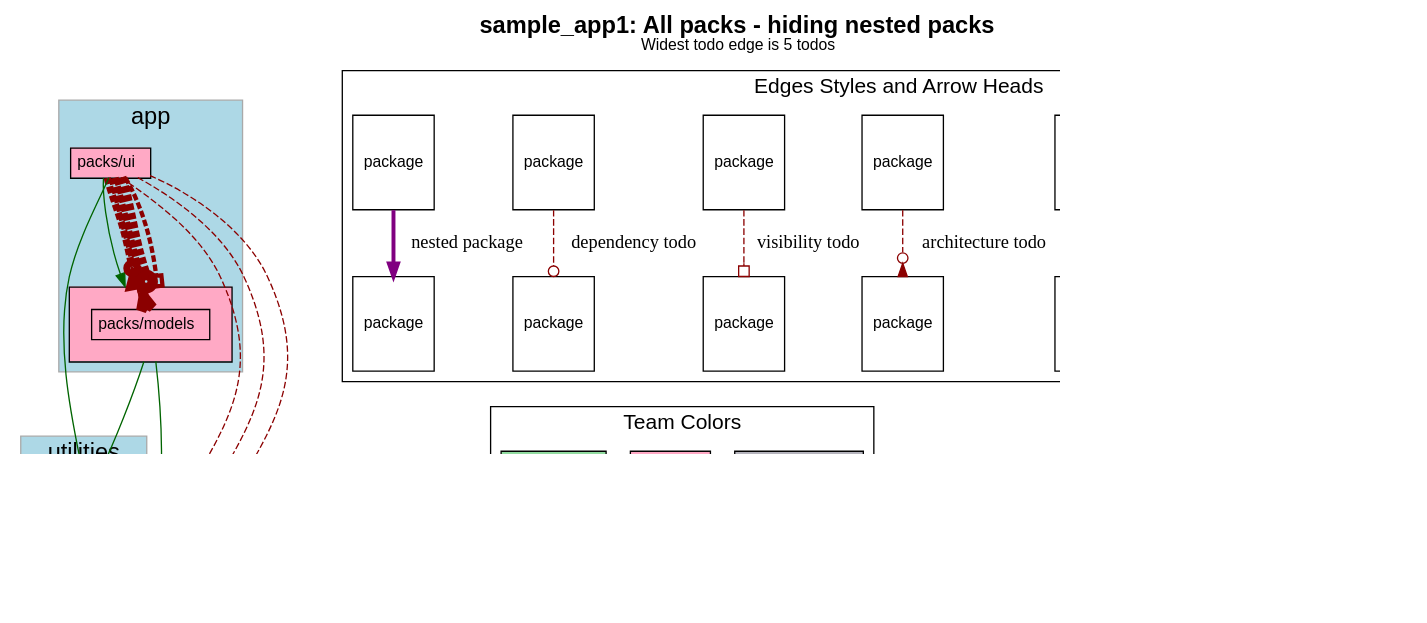
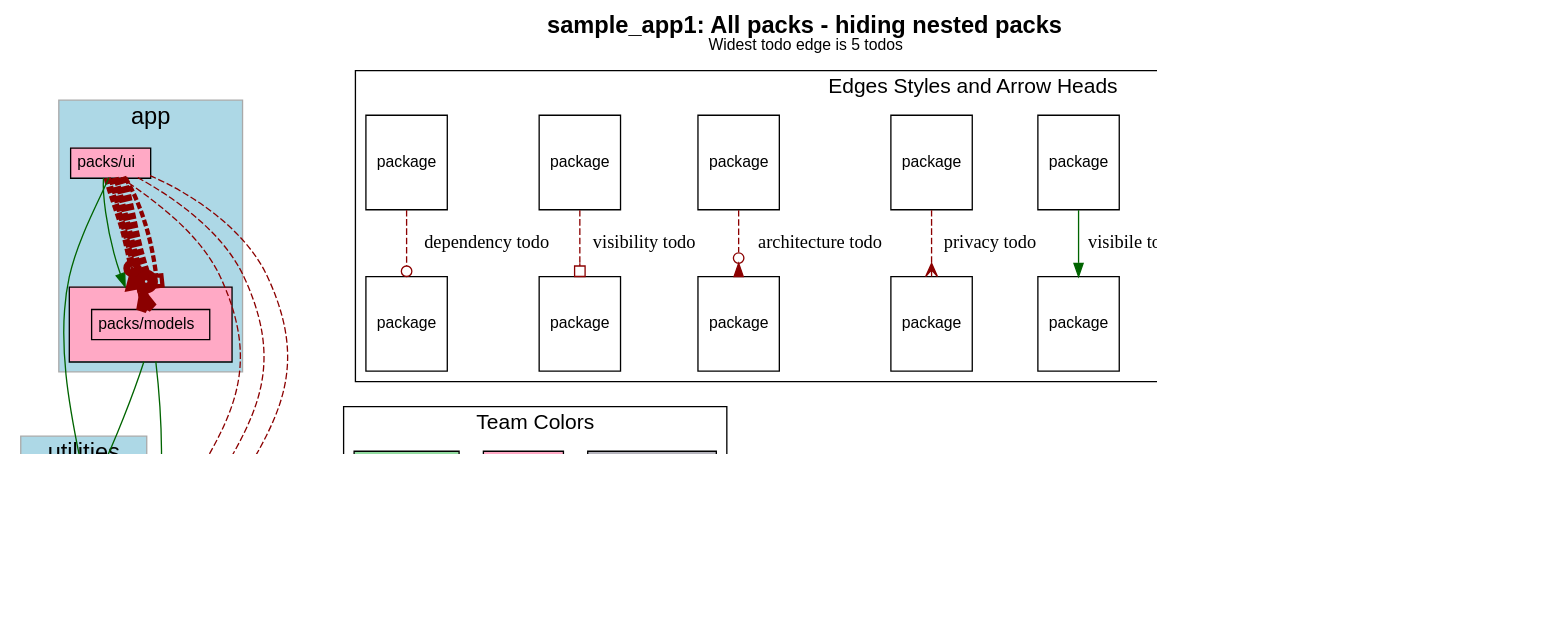
The diagram in spec/sample_app1/test_output/roll_nested_into_parent_packs.dot (rubyatscale/visualize_packs), drawn with Graphviz before and after one commit. The commit also changed 19 other files, not shown here.

```diff
--- a/spec/sample_app1/test_output/roll_nested_into_parent_packs.dot
+++ b/spec/sample_app1/test_output/roll_nested_into_parent_packs.dot
@@ -1,192 +1,198 @@
 digraph package_diagram {
   rankdir=TD
   graph [
     labelloc="t"
     fontname="Helvetica,Arial,sans-serif"
     dpi=100
     layout=dot
     label=<<b>sample_app1: All packs - hiding nested packs</b><br/><font point-size='12'>Widest todo edge is 5 todos</font>>
     fontsize=18
   ]
   node [
     fontname="Helvetica,Arial,sans-serif"
     fontsize=26.0
     fontcolor=black
     fillcolor=white
     color=black
     height=1.0
     style=filled
     shape=plain
   ]
     subgraph app {
       shape=box
       color=darkgrey
       fillcolor=lightblue
       style=filled
         label="app"
         cluster=true
         rank = 0        "packs/models" [
             fontsize=12.0
               URL="https://github.com/rubyatscale/visualize_packwerk/tree/main/spec/sample_app/packs/models"
 
               style=filled
               fillcolor="#FFA9C5"
             label= <
                 <table border='0' cellborder='1' cellspacing='0' cellpadding='16'><tr><td>
                   <table border='0' cellborder='1' cellspacing='0' cellpadding='4'>
                     <tr> <td port='private'> packs/models </td> </tr>
                   </table>
                 </td></tr></table>
               >
           ]
         
         "packs/ui" [
             fontsize=12.0
               URL="https://github.com/rubyatscale/visualize_packwerk/tree/main/spec/sample_app/packs/ui"
 
               style=filled
               fillcolor="#FFA9C5"
             label= <
                 <table border='0' cellborder='1' cellspacing='0' cellpadding='4'>
                   <tr> <td align='left'> packs/ui </td> </tr>
                 </table>
               >
           ]
         
     }
     subgraph utilities {
       shape=box
       color=darkgrey
       fillcolor=lightblue
       style=filled
         label="utilities"
         cluster=true
         rank = 1        "packs/utility" [
             fontsize=12.0
               URL="https://github.com/rubyatscale/visualize_packwerk/tree/main/spec/sample_app/packs/utility"
 
               style=filled
               fillcolor="#91DBA0"
             label= <
                 <table border='0' cellborder='1' cellspacing='0' cellpadding='4'>
                   <tr> <td align='left'> packs/utility </td> </tr>
                 </table>
               >
           ]
         
     }
               "packs/models" -> "packs/utility" [ style=invis ]
               "packs/ui" -> "packs/utility" [ style=invis ]
     subgraph NotInLayer {
       shape=box
       color=darkgrey
       fillcolor=lightblue
       style=filled
         cluster=false
         "." [
             fontsize=12.0
               URL="https://github.com/rubyatscale/visualize_packwerk/tree/main/spec/sample_app/"
 
               style=filled
               fillcolor="#B5B4BD"
             label= <
                 <table border='0' cellborder='1' cellspacing='0' cellpadding='4'>
                   <tr> <td align='left'> . </td> </tr>
                 </table>
               >
           ]
         
     }
               "packs/utility" -> "." [ style=invis ]
           "packs/models" -> "packs/utility" [ color=darkgreen ]
           "packs/models" -> "." [ color=darkgreen ]
           "packs/ui" -> "packs/models" [ color=darkgreen ]
           "packs/ui" -> "packs/utility" [ color=darkgreen ]
             "packs/ui" -> "." [ color=darkred style=dashed
                 constraint=false
               # headlabel="dependency"
                 arrowhead=odot
               penwidth=1.0            ]
             "packs/ui" -> "." [ color=darkred style=dashed
                 constraint=false
               # headlabel="architecture"
                 arrowhead=invodot
               penwidth=1.0            ]
             "packs/ui" -> "." [ color=darkred style=dashed
                 constraint=false
               # headlabel="visibility"
                 arrowhead=obox
               penwidth=1.0            ]
             "packs/ui" -> "packs/models" [ color=darkred style=dashed
                 constraint=false
               # headlabel="dependency"
                 arrowhead=odot
               penwidth=10.0            ]
             "packs/ui" -> "packs/models":private [ color=darkred style=dashed
                 constraint=false
               # headlabel="privacy"
                 arrowhead=crow
               penwidth=7.75            ]
             "packs/ui" -> "packs/models" [ color=darkred style=dashed
                 constraint=false
               # headlabel="architecture"
                 arrowhead=invodot
               penwidth=5.5            ]
             "packs/ui" -> "packs/models" [ color=darkred style=dashed
                 constraint=false
               # headlabel="visibility"
                 arrowhead=obox
               penwidth=3.25            ]
     subgraph cluster_legend {
       fontsize=16
       label="Edges Styles and Arrow Heads"
       A [ fontsize=12 shape=box label="package"]
       B [ fontsize=12 shape=box label="package"]
+      K [ fontsize=12 shape=box label="package"]
+      L [ fontsize=12 shape=box label="package"]
+      M [ fontsize=12 shape=box label="package"]
+      N [ fontsize=12 shape=box label="package"]
+
       C [ fontsize=12 shape=box label="package"]
       D [ fontsize=12 shape=box label="package"]
       E [ fontsize=12 shape=box label="package"]
       F [ fontsize=12 shape=box label="package"]
       G [ fontsize=12 shape=box label="package"]
       H [ fontsize=12 shape=box label="package"]
       I [ fontsize=12 shape=box label="package"]
       J [ fontsize=12 shape=box label="package"]
-      K [ fontsize=12 shape=box label="package"]
-      L [ fontsize=12 shape=box label="package"]
+
       A -> B [label="accepted dependency" color=darkgreen]
+      K -> L [label="nested package" color=purple penwidth=3]
+      M -> N [label="visibile to" color=darkgreen]
+
       C -> D [label="privacy todo" color=darkred style=dashed arrowhead=crow]
       E -> F [label="architecture todo" color=darkred style=dashed arrowhead=invodot]
       G -> H [label="visibility todo" color=darkred style=dashed arrowhead=obox]
       I -> J [label="dependency todo" color=darkred style=dashed arrowhead=odot]
-      K -> L [label="nested package" color=purple penwidth=3]
     }
   subgraph cluster_teams_legend {
     fontsize=16
     label="Team Colors"
 
       "ProdInfra TeamProdInfra Team" [
         label="ProdInfra Team"
         style=filled
         fillcolor="#B5B4BD"
         fontsize=12
         shape=box
       ]
 
       "UI TeamUI Team" [
         label="UI Team"
         style=filled
         fillcolor="#FFA9C5"
         fontsize=12
         shape=box
       ]
 
       "Utility TeamUtility Team" [
         label="Utility Team"
         style=filled
         fillcolor="#91DBA0"
         fontsize=12
         shape=box
       ]
 
   }
     J -> "Utility TeamUtility Team" [style=invis]
 }
```
